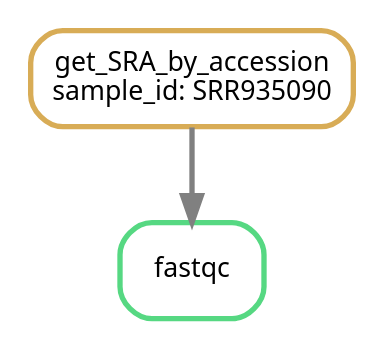
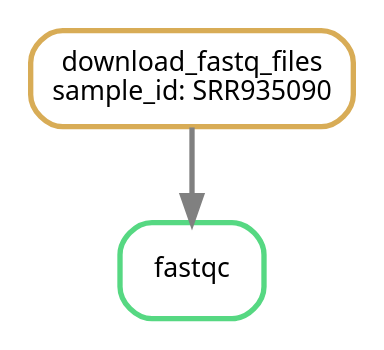
One commit to NBISweden/workshop-reproducible-research changed the first of 11 diagrams in lectures/snakemake/snakemake.qmd. Above: the diagram before and after it, drawn with Graphviz. The commit also changed other lines of this file, not shown here.

Commit message:
Match snakefmt and update get_SRA_by_accession rule

````diff
--- a/lectures/snakemake/snakemake.qmd
+++ b/lectures/snakemake/snakemake.qmd
@@ -13,10 +13,10 @@
 ```{dot}
 digraph snakemake_dag {
     graph[bgcolor=white, margin=0];
     node[shape=box, style=rounded, fontname=sans,                 fontsize=10, penwidth=2];
     edge[penwidth=2, color=grey];
         0[label = "fastqc", color = "0.39 0.6 0.85", style="rounded"];
-        1[label = "get_SRA_by_accession\nsample_id: SRR935090", color = "0.11 0.6 0.85", style="rounded"];
+        1[label = "download_fastq_files\nsample_id: SRR935090", color = "0.11 0.6 0.85", style="rounded"];
         1 -> 0
 }
 ```
````
